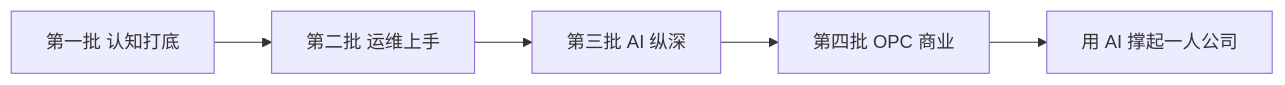
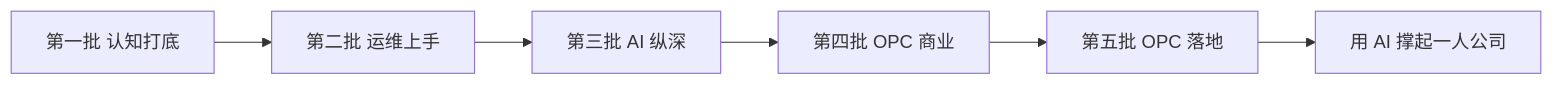
One commit to jarvis-pro/hatch-shelf changed the diagram in books/reading-map/07-reading-paths.md. Above: the diagram before and after it, drawn with Mermaid. The commit also changed other lines of this file and 6 other files, not shown here.

Commit message:
content: 第五批 OPC 落地完成（58 / 58），更新导读、书单与待复核清单

````diff
--- a/books/reading-map/07-reading-paths.md
+++ b/books/reading-map/07-reading-paths.md
@@ -7,7 +7,8 @@
 ```mermaid
 flowchart LR
   B1[第一批 认知打底] --> B2[第二批 运维上手]
   B2 --> B3[第三批 AI 纵深]
   B3 --> B4[第四批 OPC 商业]
-  B4 --> END[用 AI 撑起一人公司]
+  B4 --> B5[第五批 OPC 落地]
+  B5 --> END[用 AI 撑起一人公司]
 ```
````
